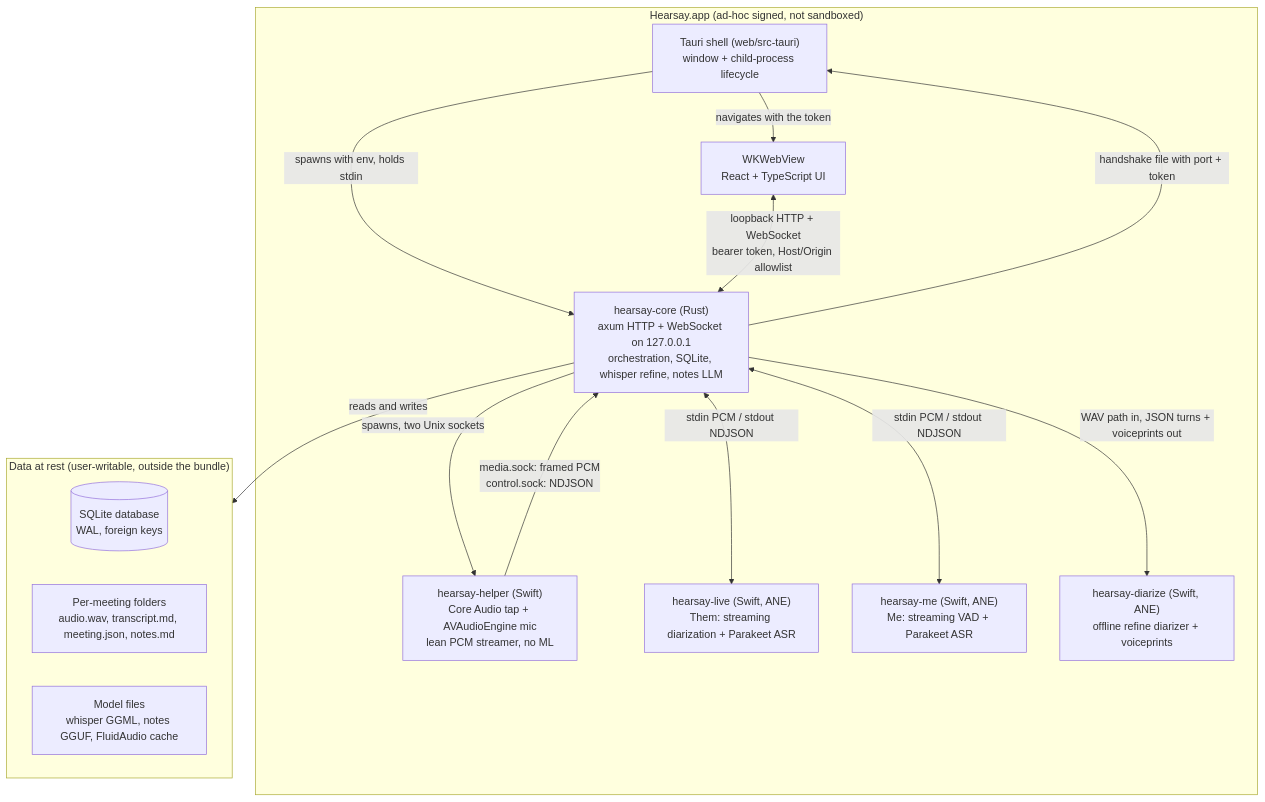
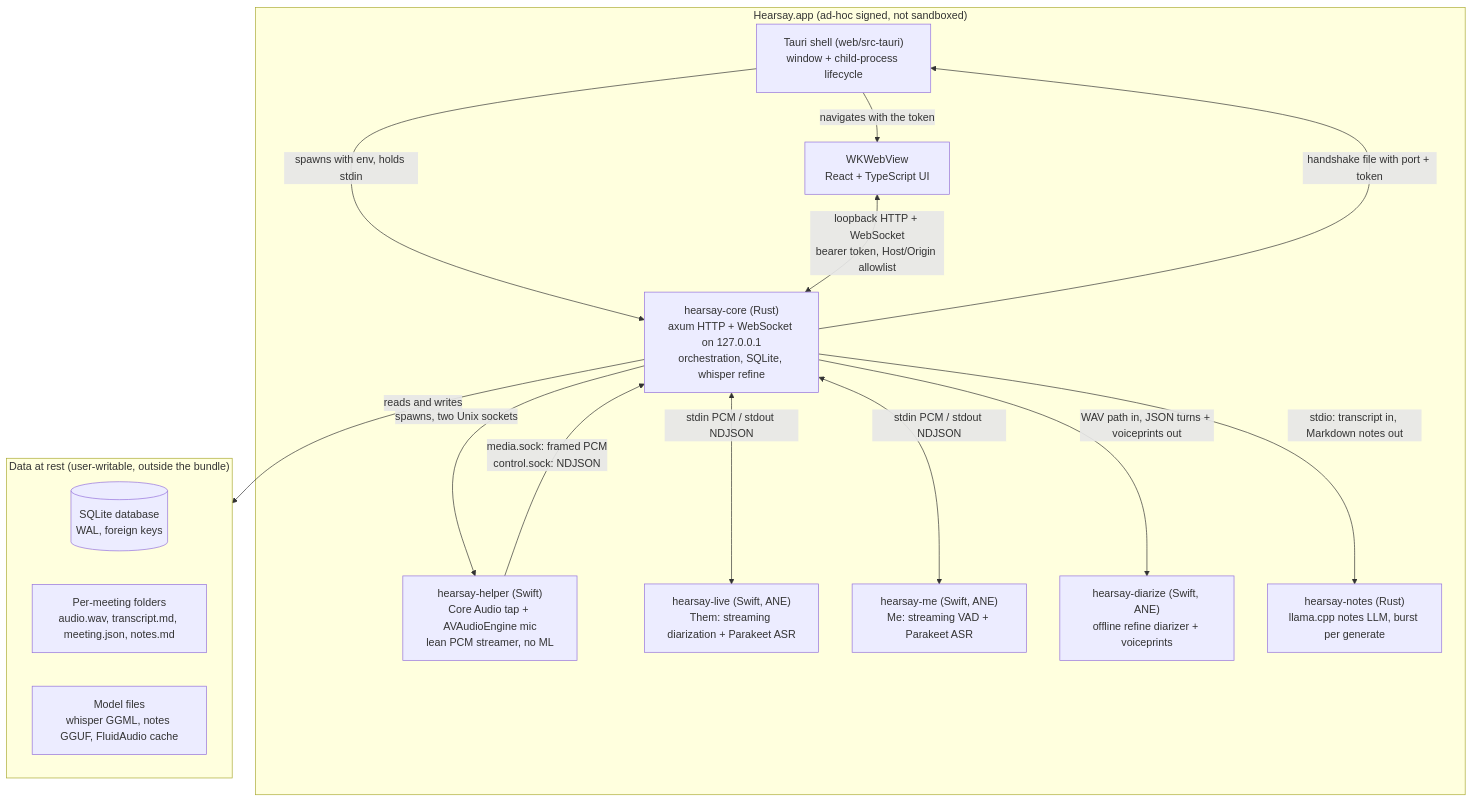
Before and after one commit to rwiseman87/hearsay: the first of 7 diagrams in docs/architecture.md, drawn with Mermaid. The commit also changed other lines of this file and 17 other files, not shown here.

````diff
--- a/docs/architecture.md
+++ b/docs/architecture.md
@@ -39,28 +40,30 @@
 ```mermaid
 flowchart TB
     subgraph bundle["Hearsay.app (ad-hoc signed, not sandboxed)"]
         shell["Tauri shell (web/src-tauri)<br/>window + child-process lifecycle"]
         webview["WKWebView<br/>React + TypeScript UI"]
-        core["hearsay-core (Rust)<br/>axum HTTP + WebSocket on 127.0.0.1<br/>orchestration, SQLite, whisper refine, notes LLM"]
+        core["hearsay-core (Rust)<br/>axum HTTP + WebSocket on 127.0.0.1<br/>orchestration, SQLite, whisper refine"]
         helper["hearsay-helper (Swift)<br/>Core Audio tap + AVAudioEngine mic<br/>lean PCM streamer, no ML"]
         live["hearsay-live (Swift, ANE)<br/>Them: streaming diarization + Parakeet ASR"]
         me["hearsay-me (Swift, ANE)<br/>Me: streaming VAD + Parakeet ASR"]
         diarize["hearsay-diarize (Swift, ANE)<br/>offline refine diarizer + voiceprints"]
+        notes["hearsay-notes (Rust)<br/>llama.cpp notes LLM, burst per generate"]
     end
     subgraph disk["Data at rest (user-writable, outside the bundle)"]
         db[("SQLite database<br/>WAL, foreign keys")]
         meetings["Per-meeting folders<br/>audio.wav, transcript.md, meeting.json, notes.md"]
         models["Model files<br/>whisper GGML, notes GGUF, FluidAudio cache"]
     end
 
     shell -->|"navigates with the token"| webview
     shell -->|"spawns with env, holds stdin"| core
     core -->|"handshake file with port + token"| shell
     webview <-->|"loopback HTTP + WebSocket<br/>bearer token, Host/Origin allowlist"| core
     core -->|"spawns, two Unix sockets"| helper
     helper -->|"media.sock: framed PCM<br/>control.sock: NDJSON"| core
     core <-->|"stdin PCM / stdout NDJSON"| live
     core <-->|"stdin PCM / stdout NDJSON"| me
     core -->|"WAV path in, JSON turns + voiceprints out"| diarize
+    core -->|"stdio: transcript in, Markdown notes out"| notes
     core -->|"reads and writes"| disk
 ```
````
